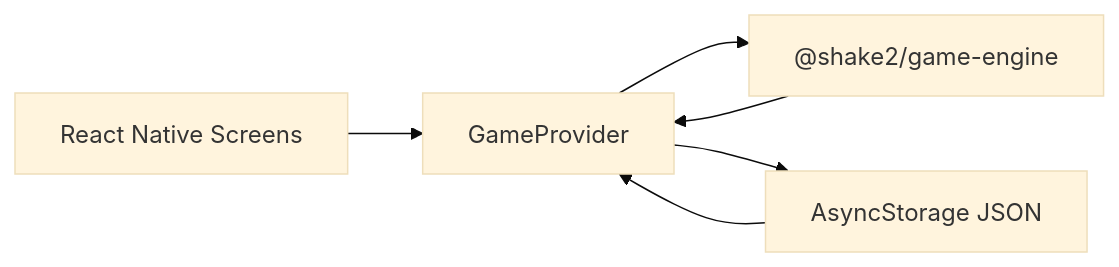
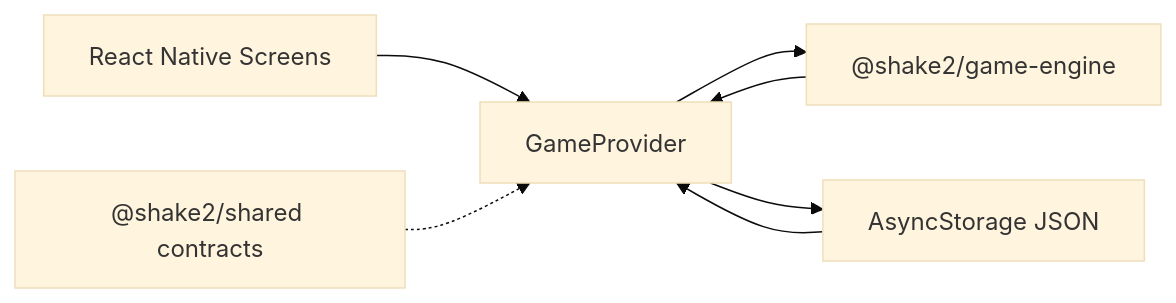
One commit to cfullerton/shake2 changed the first of 2 diagrams in ARCHITECTURE_REVIEW.md. Above: the diagram before and after it, drawn with Mermaid (base theme). The commit also changed other lines of this file and 7 other files, not shown here.

Commit message:
docs: record architecture decisions

````diff
--- a/ARCHITECTURE_REVIEW.md
+++ b/ARCHITECTURE_REVIEW.md
@@ -52,8 +56,9 @@
 ```mermaid
 flowchart LR
   UI["React Native Screens"] --> Store["GameProvider"]
   Store --> Engine["@shake2/game-engine"]
   Engine --> Store
+  Shared["@shake2/shared contracts"] -.-> Store
   Store --> Storage["AsyncStorage JSON"]
   Storage --> Store
 ```
````
